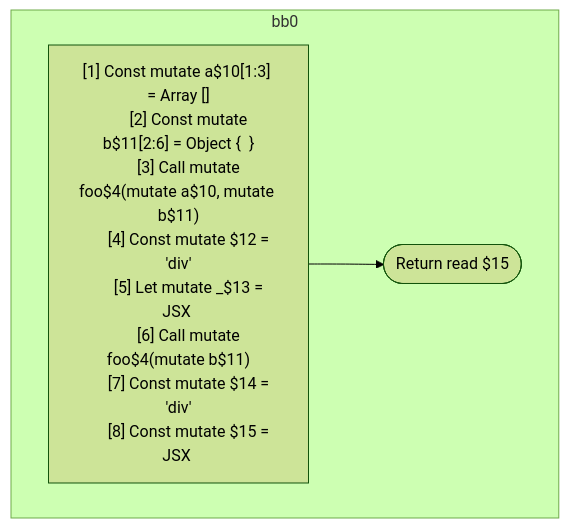
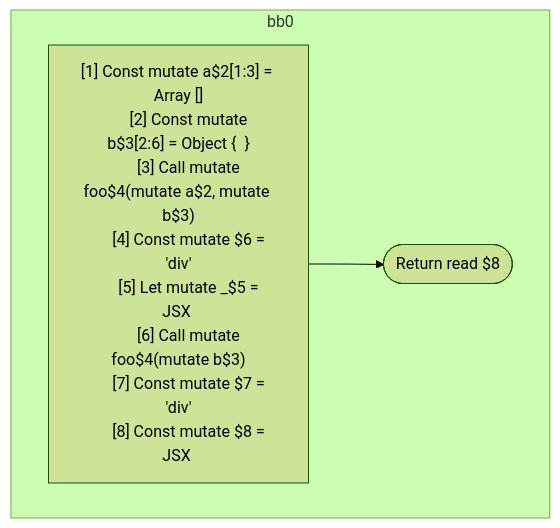
Before and after one commit to wutsmog/private: the second of 2 diagrams in compiler/forget/src/__tests__/fixtures/hir/call.expect.md, drawn with Mermaid (forest theme). The commit also changed other lines of this file and 57 other files, not shown here.

````diff
--- a/compiler/forget/src/__tests__/fixtures/hir/call.expect.md
+++ b/compiler/forget/src/__tests__/fixtures/hir/call.expect.md
@@ -63,20 +63,20 @@
 ```mermaid
 flowchart TB
   %% Basic Blocks
   subgraph bb0
     bb0_instrs["
-      [1] Const mutate a$10[1:3] = Array []
-      [2] Const mutate b$11[2:6] = Object {  }
-      [3] Call mutate foo$4(mutate a$10, mutate b$11)
-      [4] Const mutate $12 = 'div'
-      [5] Let mutate _$13 = JSX <read $12 a={freeze a$10} ></read $12>
-      [6] Call mutate foo$4(mutate b$11)
-      [7] Const mutate $14 = 'div'
-      [8] Const mutate $15 = JSX <read $14 a={read a$10} b={freeze b$11} ></read $14>
+      [1] Const mutate a$2[1:3] = Array []
+      [2] Const mutate b$3[2:6] = Object {  }
+      [3] Call mutate foo$4(mutate a$2, mutate b$3)
+      [4] Const mutate $6 = 'div'
+      [5] Let mutate _$5 = JSX <read $6 a={freeze a$2} ></read $6>
+      [6] Call mutate foo$4(mutate b$3)
+      [7] Const mutate $7 = 'div'
+      [8] Const mutate $8 = JSX <read $7 a={read a$2} b={freeze b$3} ></read $7>
     "]
-    bb0_instrs --> bb0_terminal(["Return read $15"])
+    bb0_instrs --> bb0_terminal(["Return read $8"])
   end
 
   %% Jumps
   %% empty
 ```
````
